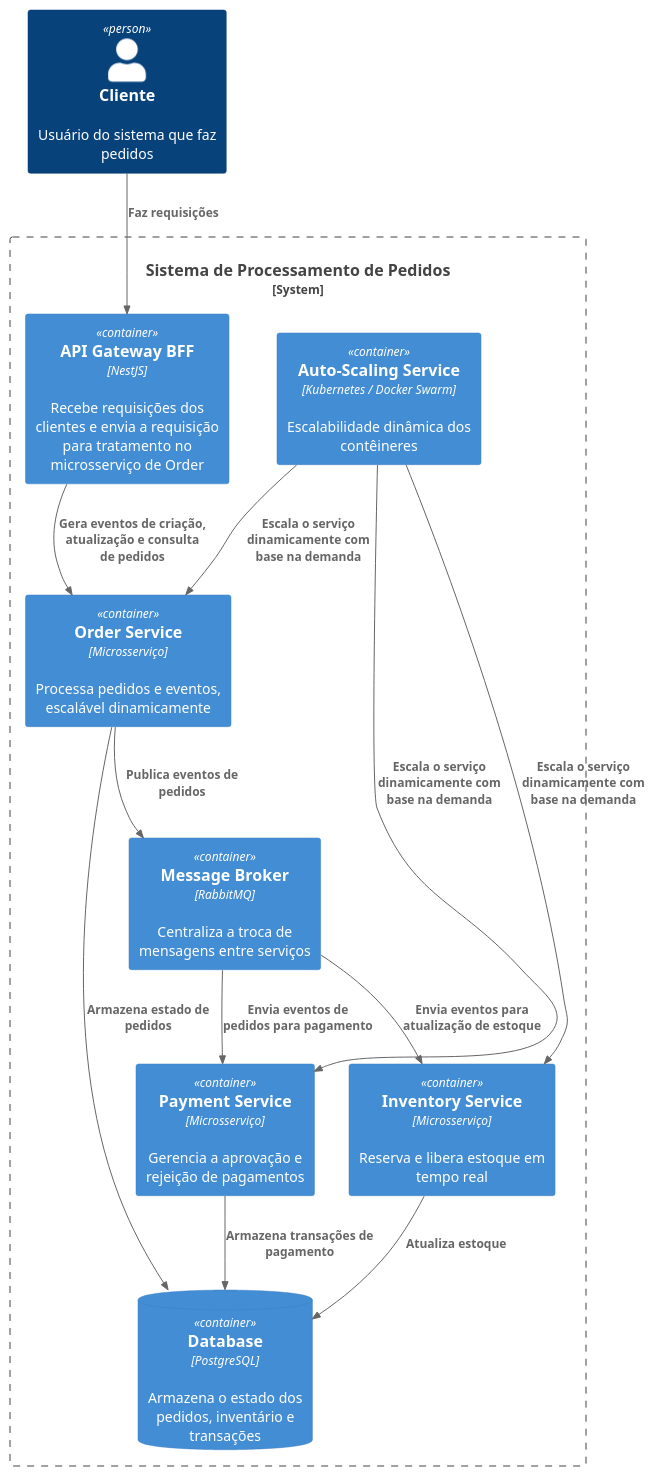
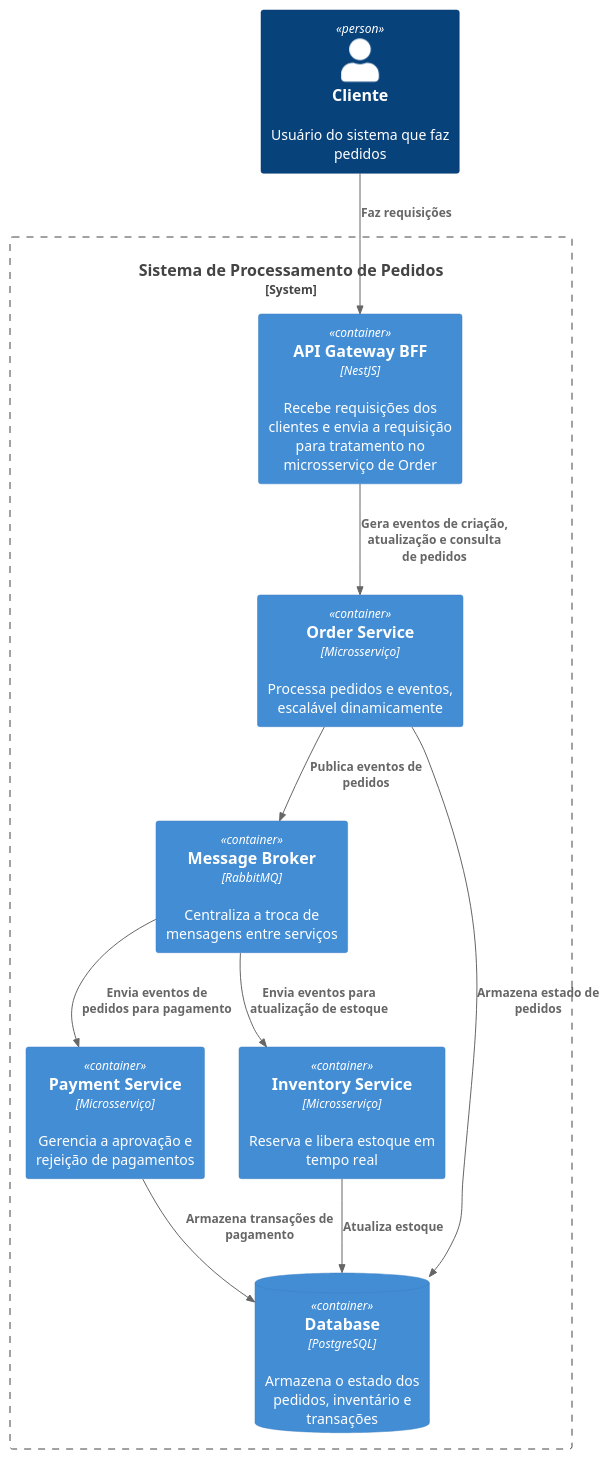
One commit to jnerydesigner/Bemol changed the diagram in n2-container.plantuml. Above: the diagram before and after it, drawn with PlantUML. The commit also changed 58 other files, not shown here.

```diff
--- a/n2-container.plantuml
+++ b/n2-container.plantuml
@@ -1,36 +1,36 @@
 @startuml Container n2
 !include https://raw.githubusercontent.com/plantuml-stdlib/C4-PlantUML/master/C4_Container.puml
 
 Person(cliente, "Cliente", "Usuário do sistema que faz pedidos")
 
 System_Boundary(spp_boundary, "Sistema de Processamento de Pedidos") {
 
   Container(apiGateway, "API Gateway BFF", "NestJS", "Recebe requisições dos clientes e envia a requisição para tratamento no microsserviço de Order")
   
   Container(orderService, "Order Service", "Microsserviço", "Processa pedidos e eventos, escalável dinamicamente")
   
   Container(paymentService, "Payment Service", "Microsserviço", "Gerencia a aprovação e rejeição de pagamentos")
   
   Container(inventoryService, "Inventory Service", "Microsserviço", "Reserva e libera estoque em tempo real")
   
   Container(messageBroker, "Message Broker", "RabbitMQ", "Centraliza a troca de mensagens entre serviços")
   
   ContainerDb(database, "Database", "PostgreSQL", "Armazena o estado dos pedidos, inventário e transações")
   
-  Container(kubernetes, "Auto-Scaling Service", "Kubernetes / Docker Swarm", "Escalabilidade dinâmica dos contêineres")
+  ' Container(kubernetes, "Auto-Scaling Service", "Kubernetes / Docker Swarm", "Escalabilidade dinâmica dos contêineres")
   
 }
 
 Rel(cliente, apiGateway, "Faz requisições")
 Rel(apiGateway, orderService, "Gera eventos de criação, atualização e consulta de pedidos")
 Rel(orderService, messageBroker, "Publica eventos de pedidos")
 Rel(messageBroker, paymentService, "Envia eventos de pedidos para pagamento")
 Rel(messageBroker, inventoryService, "Envia eventos para atualização de estoque")
 Rel(orderService, database, "Armazena estado de pedidos")
 Rel(paymentService, database, "Armazena transações de pagamento")
 Rel(inventoryService, database, "Atualiza estoque")
-Rel(kubernetes, orderService, "Escala o serviço dinamicamente com base na demanda")
-Rel(kubernetes, paymentService, "Escala o serviço dinamicamente com base na demanda")
-Rel(kubernetes, inventoryService, "Escala o serviço dinamicamente com base na demanda")
+' Rel(kubernetes, orderService, "Escala o serviço dinamicamente com base na demanda")
+' Rel(kubernetes, paymentService, "Escala o serviço dinamicamente com base na demanda")
+' Rel(kubernetes, inventoryService, "Escala o serviço dinamicamente com base na demanda")
 
 @enduml
```
